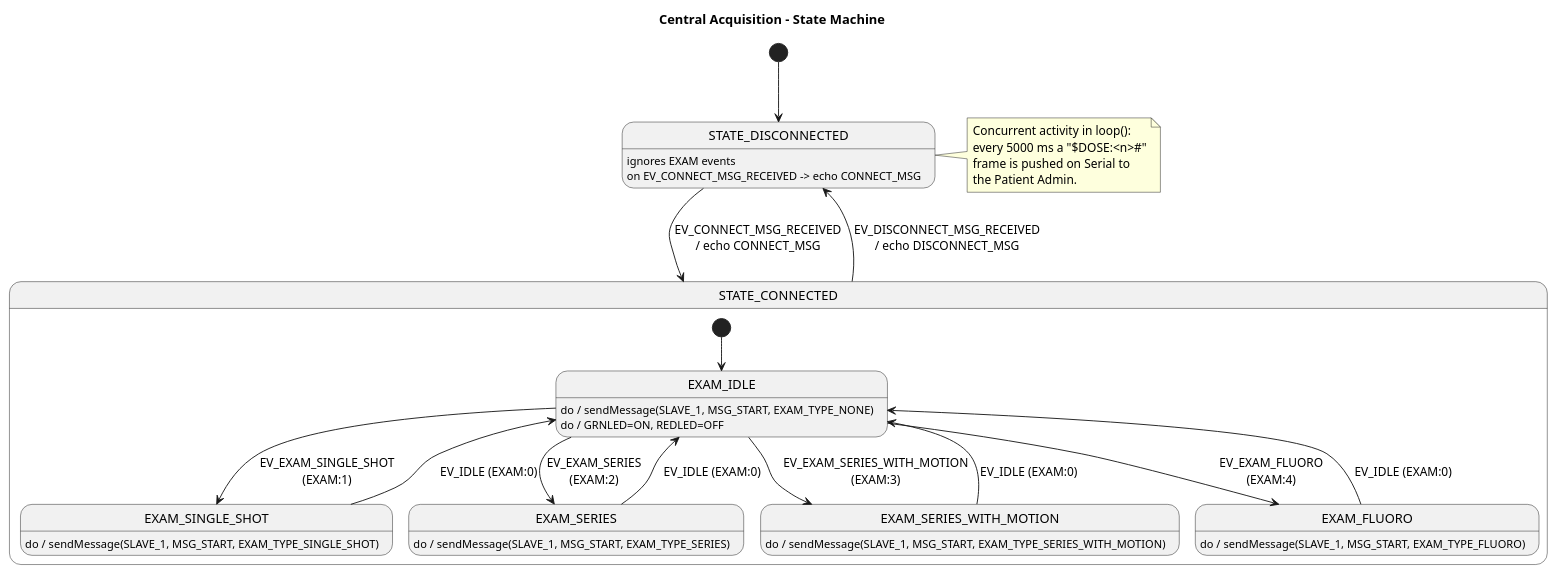
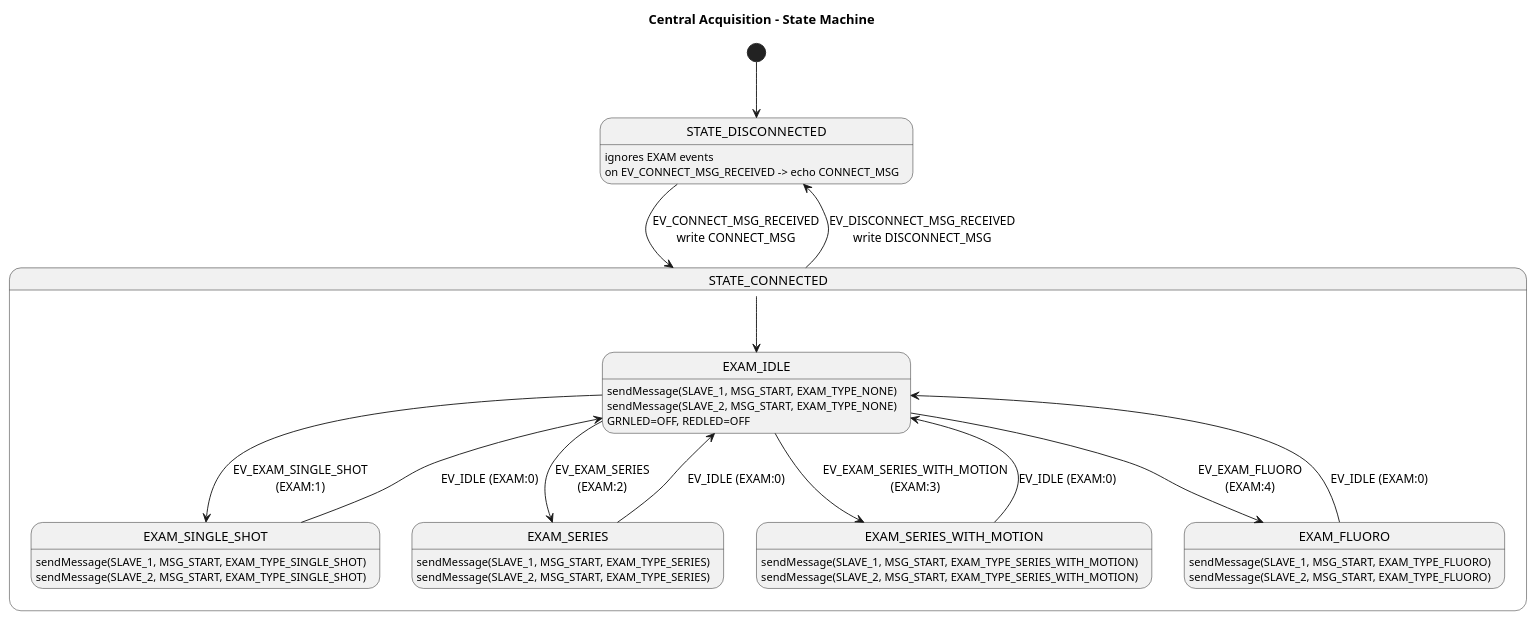
The diagram in docs/diagrams/CentralAcquisition_State.puml (luckyharry1/Xray-Project), drawn with PlantUML before and after one commit.

Commit message:
Manual refactor CentralAcq State

```diff
--- a/docs/diagrams/CentralAcquisition_State.puml
+++ b/docs/diagrams/CentralAcquisition_State.puml
@@ -1,45 +1,43 @@
 @startuml CentralAcquisition_State
 title Central Acquisition - State Machine
 
 ' Source of truth: CentralAcquisition/src/main.cpp
 ' Driven by handleEvent(EVENTS) on top of the events returned by getEvent().
 
 [*] --> STATE_DISCONNECTED
 
 state STATE_DISCONNECTED {
   STATE_DISCONNECTED : ignores EXAM events
   STATE_DISCONNECTED : on EV_CONNECT_MSG_RECEIVED -> echo CONNECT_MSG
 }
 
 state STATE_CONNECTED {
-  [*] --> EXAM_IDLE
+  STATE_CONNECTED --> EXAM_IDLE
 
-  state EXAM_IDLE              : do / sendMessage(SLAVE_1, MSG_START, EXAM_TYPE_NONE)
-  EXAM_IDLE                    : do / GRNLED=ON, REDLED=OFF
-  state EXAM_SINGLE_SHOT       : do / sendMessage(SLAVE_1, MSG_START, EXAM_TYPE_SINGLE_SHOT)
-  state EXAM_SERIES            : do / sendMessage(SLAVE_1, MSG_START, EXAM_TYPE_SERIES)
-  state EXAM_SERIES_WITH_MOTION : do / sendMessage(SLAVE_1, MSG_START, EXAM_TYPE_SERIES_WITH_MOTION)
-  state EXAM_FLUORO            : do / sendMessage(SLAVE_1, MSG_START, EXAM_TYPE_FLUORO)
+  state EXAM_IDLE              : sendMessage(SLAVE_1, MSG_START, EXAM_TYPE_NONE)
+  state EXAM_IDLE              : sendMessage(SLAVE_2, MSG_START, EXAM_TYPE_NONE)
+  EXAM_IDLE                    : GRNLED=OFF, REDLED=OFF
+  state EXAM_SINGLE_SHOT       : sendMessage(SLAVE_1, MSG_START, EXAM_TYPE_SINGLE_SHOT)
+  state EXAM_SINGLE_SHOT       : sendMessage(SLAVE_2, MSG_START, EXAM_TYPE_SINGLE_SHOT)
+  state EXAM_SERIES            : sendMessage(SLAVE_1, MSG_START, EXAM_TYPE_SERIES)
+  state EXAM_SERIES            : sendMessage(SLAVE_2, MSG_START, EXAM_TYPE_SERIES)
+  state EXAM_SERIES_WITH_MOTION : sendMessage(SLAVE_1, MSG_START, EXAM_TYPE_SERIES_WITH_MOTION)
+  state EXAM_SERIES_WITH_MOTION : sendMessage(SLAVE_2, MSG_START, EXAM_TYPE_SERIES_WITH_MOTION)
+  state EXAM_FLUORO            : sendMessage(SLAVE_1, MSG_START, EXAM_TYPE_FLUORO)
+  state EXAM_FLUORO            : sendMessage(SLAVE_2, MSG_START, EXAM_TYPE_FLUORO)
 
   EXAM_IDLE               --> EXAM_SINGLE_SHOT        : EV_EXAM_SINGLE_SHOT\n(EXAM:1)
   EXAM_IDLE               --> EXAM_SERIES             : EV_EXAM_SERIES\n(EXAM:2)
   EXAM_IDLE               --> EXAM_SERIES_WITH_MOTION : EV_EXAM_SERIES_WITH_MOTION\n(EXAM:3)
   EXAM_IDLE               --> EXAM_FLUORO             : EV_EXAM_FLUORO\n(EXAM:4)
 
   EXAM_SINGLE_SHOT        --> EXAM_IDLE : EV_IDLE (EXAM:0)
   EXAM_SERIES             --> EXAM_IDLE : EV_IDLE (EXAM:0)
   EXAM_SERIES_WITH_MOTION --> EXAM_IDLE : EV_IDLE (EXAM:0)
   EXAM_FLUORO             --> EXAM_IDLE : EV_IDLE (EXAM:0)
 }
 
-STATE_DISCONNECTED --> STATE_CONNECTED    : EV_CONNECT_MSG_RECEIVED\n/ echo CONNECT_MSG
-STATE_CONNECTED    --> STATE_DISCONNECTED : EV_DISCONNECT_MSG_RECEIVED\n/ echo DISCONNECT_MSG
-
-note right of STATE_DISCONNECTED
-  Concurrent activity in loop():
-  every 5000 ms a "$DOSE:<n>#"
-  frame is pushed on Serial to
-  the Patient Admin.
-end note
+STATE_DISCONNECTED --> STATE_CONNECTED    : EV_CONNECT_MSG_RECEIVED\nwrite CONNECT_MSG
+STATE_CONNECTED    --> STATE_DISCONNECTED : EV_DISCONNECT_MSG_RECEIVED\nwrite DISCONNECT_MSG
 
 @enduml
```
